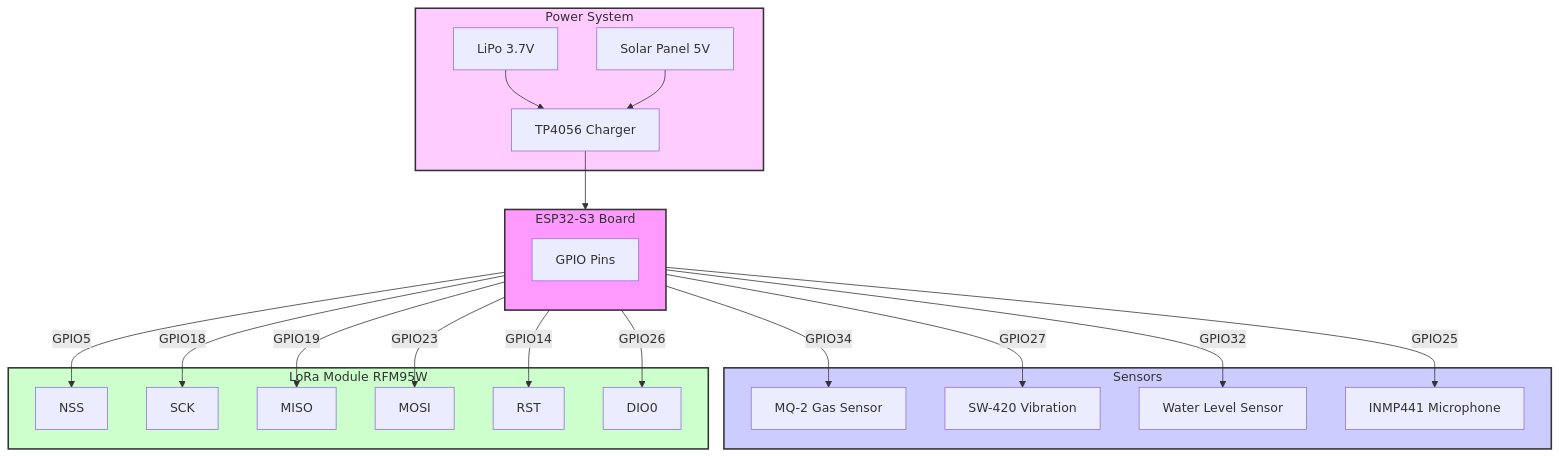
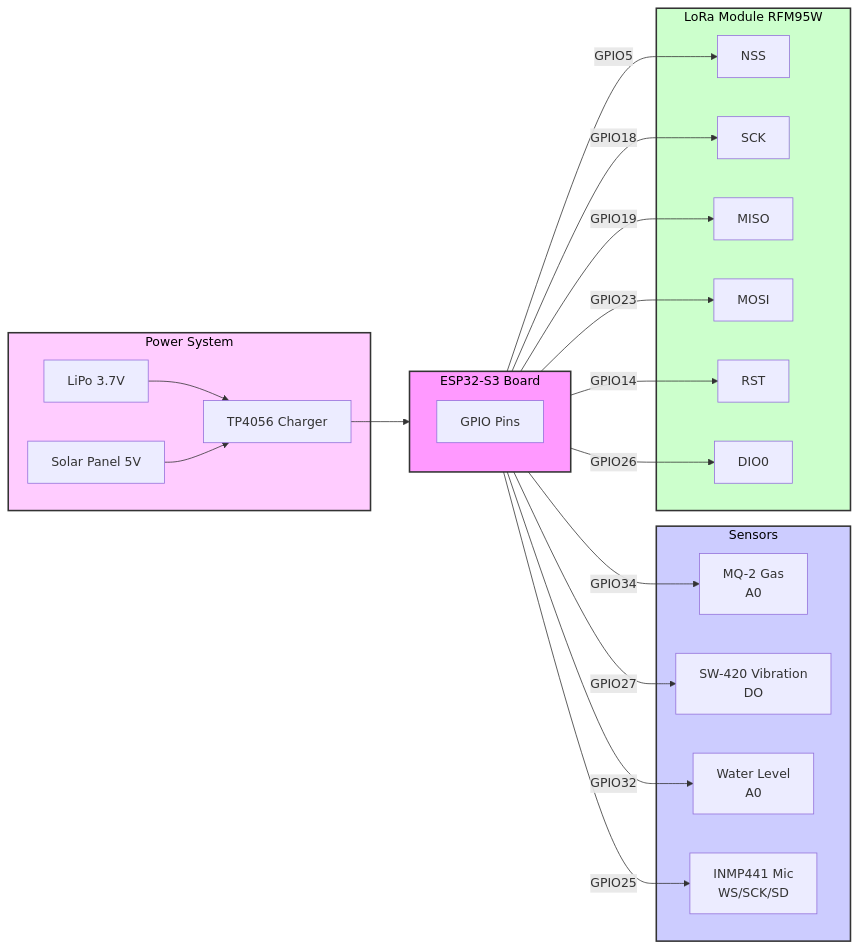
The first of 9 diagrams in README.md (ficrammanifur/offline-emergency-lora-system), drawn with Mermaid before and after one commit. The commit also changed other lines of this file, not shown here.

````diff
--- a/README.md
+++ b/README.md
@@ -110,50 +115,49 @@
 ```mermaid
-graph TD
-    subgraph ESP32-S3[ESP32-S3 Board]
-        direction TB
+graph LR
+    subgraph ESP32_S3[ESP32-S3 Board]
         Pins[GPIO Pins]
     end
 
     subgraph Sensors[Sensors]
-        MQ2[MQ-2 Gas Sensor]
-        SW420[SW-420 Vibration]
-        Water[Water Level Sensor]
-        INMP[INMP441 Microphone]
+        MQ2[MQ-2 Gas<br>A0]
+        SW420[SW-420 Vibration<br>DO]
+        Water[Water Level<br>A0]
+        INMP[INMP441 Mic<br>WS/SCK/SD]
     end
 
     subgraph LoRa[LoRa Module RFM95W]
         NSS[NSS]
         SCK[SCK]
         MISO[MISO]
         MOSI[MOSI]
         RST[RST]
         DIO0[DIO0]
     end
 
     subgraph Power[Power System]
         BATT[LiPo 3.7V]
         CHARGER[TP4056 Charger]
         SOLAR[Solar Panel 5V]
     end
 
-    ESP32-S3 -- GPIO5 --> NSS
-    ESP32-S3 -- GPIO18 --> SCK
-    ESP32-S3 -- GPIO19 --> MISO
-    ESP32-S3 -- GPIO23 --> MOSI
-    ESP32-S3 -- GPIO14 --> RST
-    ESP32-S3 -- GPIO26 --> DIO0
+    ESP32_S3 -- GPIO5 --> NSS
+    ESP32_S3 -- GPIO18 --> SCK
+    ESP32_S3 -- GPIO19 --> MISO
+    ESP32_S3 -- GPIO23 --> MOSI
+    ESP32_S3 -- GPIO14 --> RST
+    ESP32_S3 -- GPIO26 --> DIO0
 
-    ESP32-S3 -- GPIO34 --> MQ2
-    ESP32-S3 -- GPIO27 --> SW420
-    ESP32-S3 -- GPIO32 --> Water
-    ESP32-S3 -- GPIO25 --> INMP
+    ESP32_S3 -- GPIO34 --> MQ2
+    ESP32_S3 -- GPIO27 --> SW420
+    ESP32_S3 -- GPIO32 --> Water
+    ESP32_S3 -- GPIO25 --> INMP
 
     BATT --> CHARGER
     SOLAR --> CHARGER
-    CHARGER --> ESP32-S3
+    CHARGER --> ESP32_S3
 
-    style ESP32-S3 fill:#f9f,stroke:#333,stroke-width:2px
-    style Sensors fill:#ccf,stroke:#333,stroke-width:2px
-    style LoRa fill:#cfc,stroke:#333,stroke-width:2px
-    style Power fill:#fcf,stroke:#333,stroke-width:2px
+    style ESP32_S3 fill:#f9f,stroke:#333,stroke-width:2px,color:#000
+    style Sensors fill:#ccf,stroke:#333,stroke-width:2px,color:#000
+    style LoRa fill:#cfc,stroke:#333,stroke-width:2px,color:#000
+    style Power fill:#fcf,stroke:#333,stroke-width:2px,color:#000
 ```
````
